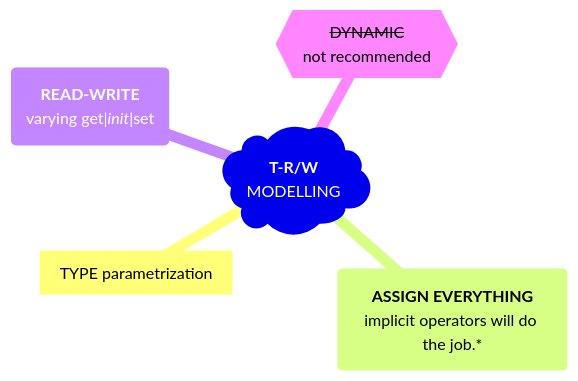
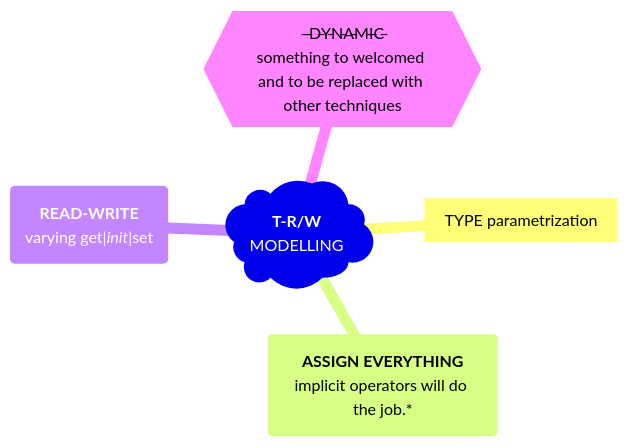
Before and after one commit to Kyriosity/use-dev: the diagram in README+/techniques/README+/polymorphism+/README+/prop_shift.md, drawn with Mermaid. The commit also changed other lines of this file, not shown here.

Commit message:
🚧✒️ prop_shift.md🐝

````diff
--- a/README+/techniques/README+/polymorphism+/README+/prop_shift.md
+++ b/README+/techniques/README+/polymorphism+/README+/prop_shift.md
@@ -14,14 +13,17 @@
 ```mermaid
 
 mindmap
     props)"`**T-R/W** 
 MODELLING`"(
-      id2["`TYPE parametrization`"]
+      T["`TYPE parametrization`"]
+
       EQ("`**ASSIGN EVERYTHING**
 implicit operators will do the job.*`")
+
       RW("`**READ-WRITE**
 varying get|_init_|set`")
-      DYN{{"`<s>DYNAMIC</s>
-not recommended`"}}
+
+      DYN{{ ̶ ̶D̶Y̶N̶A̶M̶I̶C̶
+something to welcomed and to be replaced with other techniques}}
 
 ```
````
